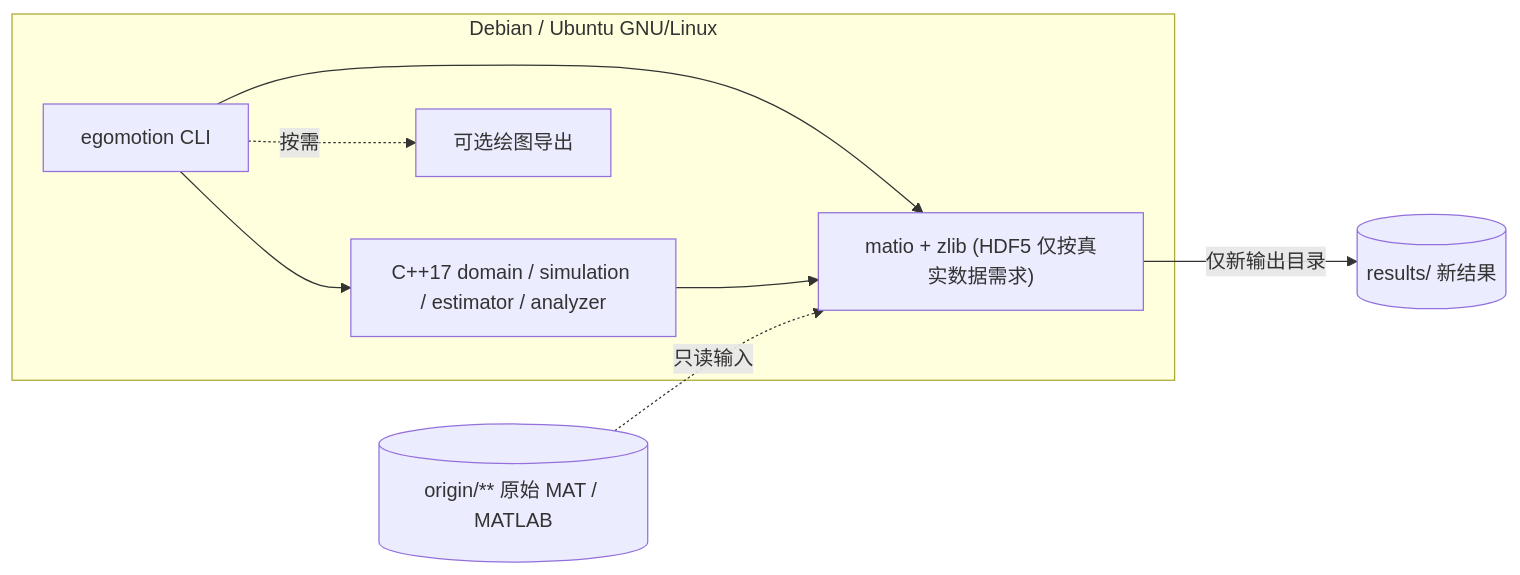
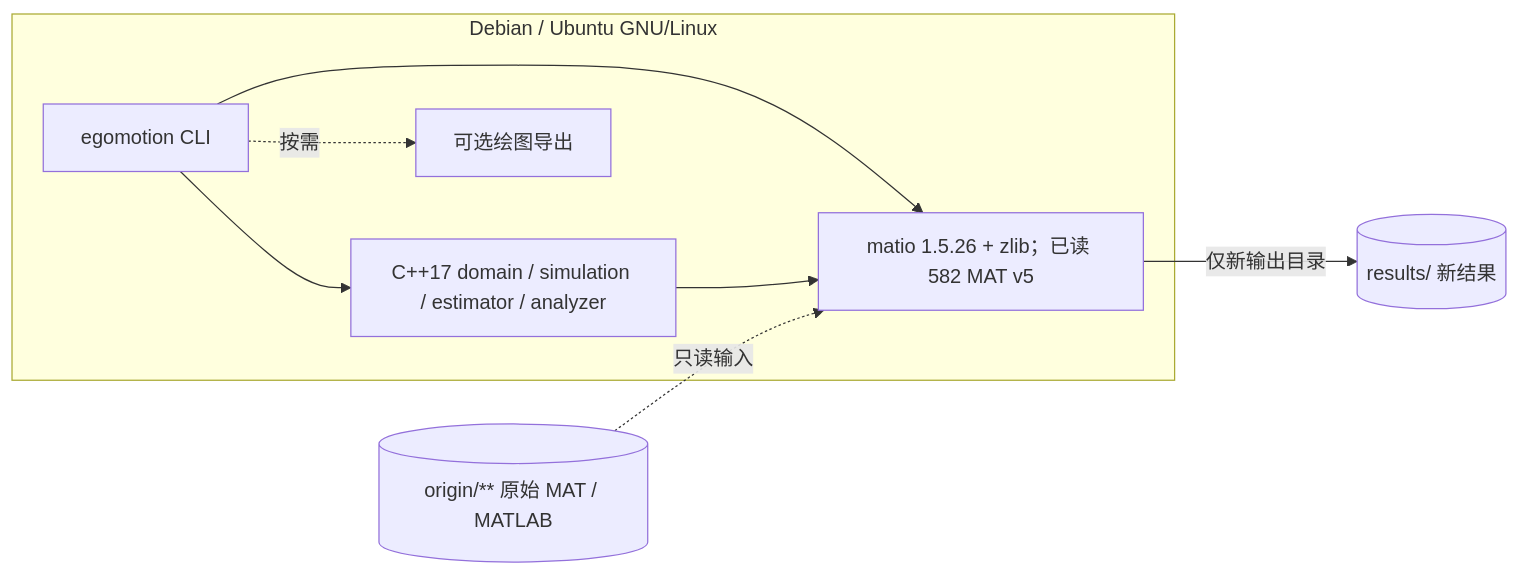
One commit to ncut-d1z/Egomotion-Estimation-with-Dense-Flow-Fields changed the second of 5 diagrams in docs/ARCHITECTURE.md. Above: the diagram before and after it, drawn with Mermaid. The commit also changed other lines of this file, not shown here.

Commit message:
docs: ground HLD MAT scope and ADR in 582-file matio report

````diff
--- a/docs/ARCHITECTURE.md
+++ b/docs/ARCHITECTURE.md
@@ -40,17 +40,17 @@
 ```mermaid
 flowchart LR
     subgraph host["Debian / Ubuntu GNU/Linux"]
         cli["egomotion CLI"]
         libs["C++17 domain / simulation / estimator / analyzer"]
-        io["matio + zlib (HDF5 仅按真实数据需求)"]
+        io["matio 1.5.26 + zlib；已读 582 MAT v5"]
         plot["可选绘图导出"]
         cli --> libs
         cli --> io
         cli -.按需.-> plot
         libs --> io
     end
     raw[("origin/** 原始 MAT / MATLAB")]
     out[("results/<RunId> 新结果")]
     raw -.只读输入.-> io
     io -->|"仅新输出目录"| out
 ```
````
